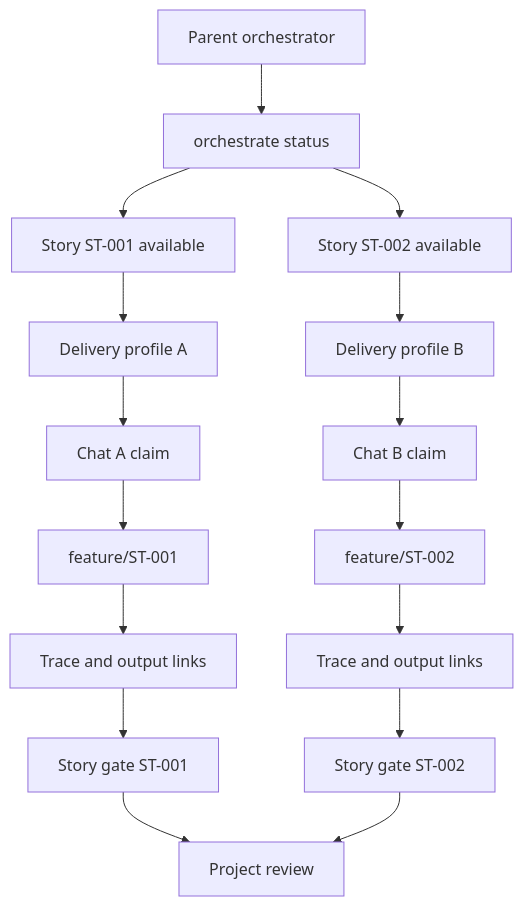
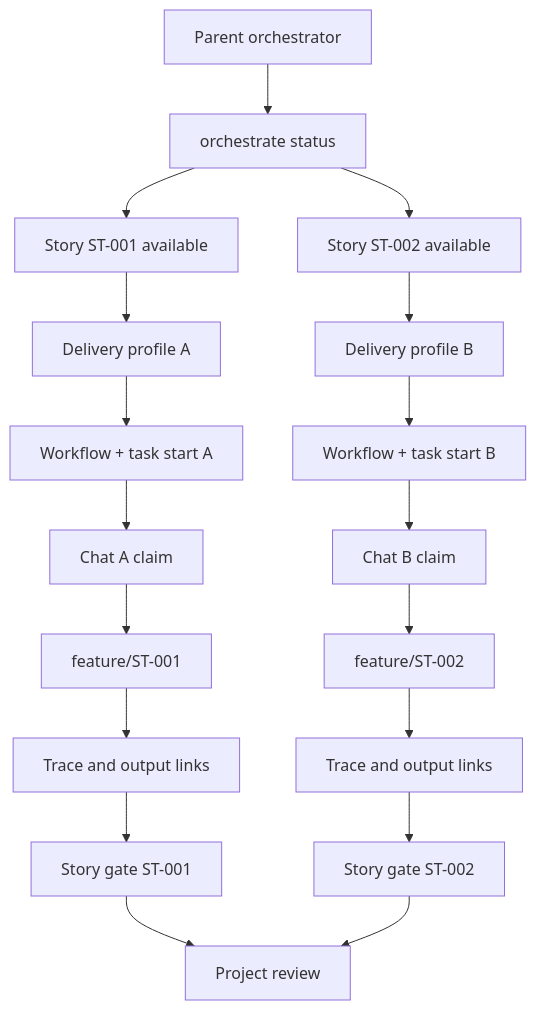
The diagram in skills/agentic-sdlc/references/parallel-work.md (aantenore/agentic-sdlc-codex-plugin), drawn with Mermaid before and after one commit. The commit also changed other lines of this file and 30 other files, not shown here.

````diff
--- a/skills/agentic-sdlc/references/parallel-work.md
+++ b/skills/agentic-sdlc/references/parallel-work.md
@@ -39,18 +40,20 @@
 ```mermaid
 flowchart TB
   Orchestrator["Parent orchestrator"] --> Status["orchestrate status"]
   Status --> StoryA["Story ST-001 available"]
   Status --> StoryB["Story ST-002 available"]
   StoryA --> ProfileA["Delivery profile A"]
   StoryB --> ProfileB["Delivery profile B"]
-  ProfileA --> ClaimA["Chat A claim"]
-  ProfileB --> ClaimB["Chat B claim"]
+  ProfileA --> StartA["Workflow + task start A"]
+  ProfileB --> StartB["Workflow + task start B"]
+  StartA --> ClaimA["Chat A claim"]
+  StartB --> ClaimB["Chat B claim"]
   ClaimA --> BranchA["feature/ST-001"]
   ClaimB --> BranchB["feature/ST-002"]
   BranchA --> EvidenceA["Trace and output links"]
   BranchB --> EvidenceB["Trace and output links"]
   EvidenceA --> GateA["Story gate ST-001"]
   EvidenceB --> GateB["Story gate ST-002"]
   GateA --> Merge["Project review"]
   GateB --> Merge
 ```
````
